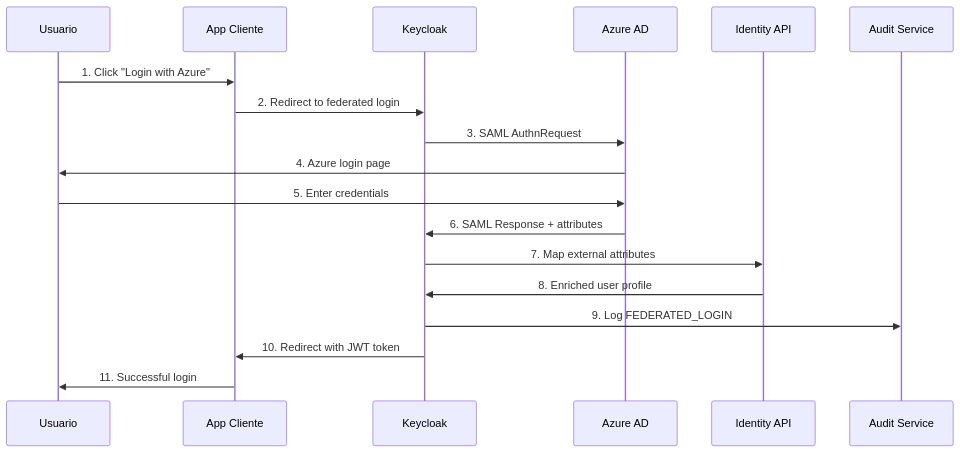
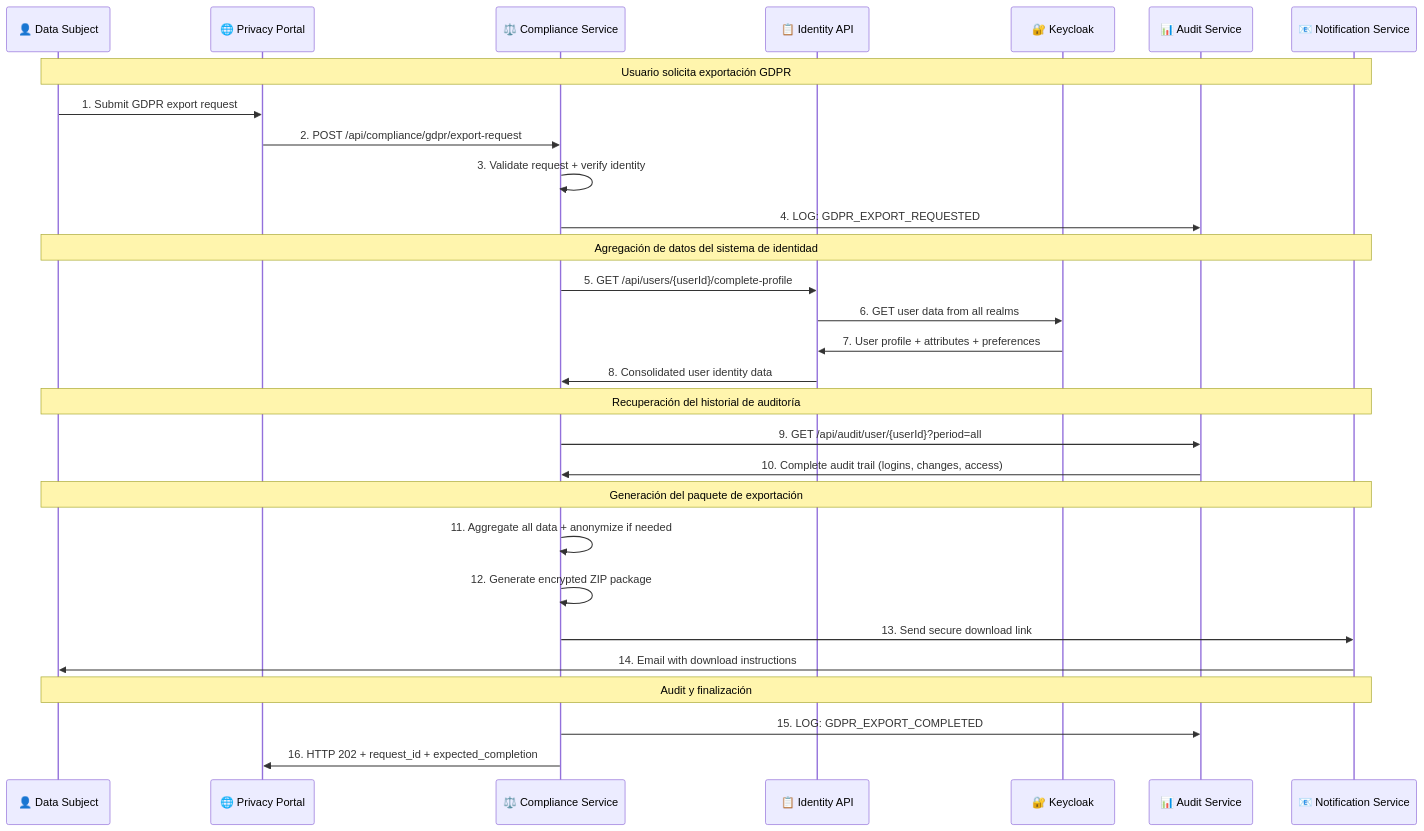
The eighth of 11 diagrams in docs/servicio-identidad/06-vista-tiempo-ejecucion.md (jclemente-tlm/tlm-arq-servicios-corporativos), drawn with Mermaid before and after one commit. The commit also changed other lines of this file and 54 other files, not shown here.

````diff
--- a/docs/servicio-identidad/06-vista-tiempo-ejecucion.md
+++ b/docs/servicio-identidad/06-vista-tiempo-ejecucion.md
@@ -131,21 +568,41 @@
 ```mermaid
 sequenceDiagram
-    participant User as Usuario
-    participant App as App Cliente
-    participant KC as Keycloak
-    participant AzureAD as Azure AD
-    participant IdAPI as Identity API
-    participant AuditSvc as Audit Service
+    participant User as 👤 Data Subject
+    participant Portal as 🌐 Privacy Portal
+    participant ComplianceSvc as ⚖️ Compliance Service
+    participant IdAPI as 📋 Identity API
+    participant KC as 🔐 Keycloak
+    participant AuditSvc as 📊 Audit Service
+    participant NotifSvc as 📧 Notification Service
 
-    User->>App: 1. Click "Login with Azure"
-    App->>KC: 2. Redirect to federated login
-    KC->>AzureAD: 3. SAML AuthnRequest
-    AzureAD->>User: 4. Azure login page
-    User->>AzureAD: 5. Enter credentials
-    AzureAD->>KC: 6. SAML Response + attributes
-    KC->>IdAPI: 7. Map external attributes
-    IdAPI->>KC: 8. Enriched user profile
-    KC->>AuditSvc: 9. Log FEDERATED_LOGIN
-    KC->>App: 10. Redirect with JWT token
-    App->>User: 11. Successful login
+    Note over User,NotifSvc: Usuario solicita exportación GDPR
+
+    User->>Portal: 1. Submit GDPR export request
+    Portal->>ComplianceSvc: 2. POST /api/compliance/gdpr/export-request
+    ComplianceSvc->>ComplianceSvc: 3. Validate request + verify identity
+    ComplianceSvc->>AuditSvc: 4. LOG: GDPR_EXPORT_REQUESTED
+
+    Note over User,NotifSvc: Agregación de datos del sistema de identidad
+
+    ComplianceSvc->>IdAPI: 5. GET /api/users/{userId}/complete-profile
+    IdAPI->>KC: 6. GET user data from all realms
+    KC->>IdAPI: 7. User profile + attributes + preferences
+    IdAPI->>ComplianceSvc: 8. Consolidated user identity data
+
+    Note over User,NotifSvc: Recuperación del historial de auditoría
+
+    ComplianceSvc->>AuditSvc: 9. GET /api/audit/user/{userId}?period=all
+    AuditSvc->>ComplianceSvc: 10. Complete audit trail (logins, changes, access)
+
+    Note over User,NotifSvc: Generación del paquete de exportación
+
+    ComplianceSvc->>ComplianceSvc: 11. Aggregate all data + anonymize if needed
+    ComplianceSvc->>ComplianceSvc: 12. Generate encrypted ZIP package
+    ComplianceSvc->>NotifSvc: 13. Send secure download link
+    NotifSvc->>User: 14. Email with download instructions
+
+    Note over User,NotifSvc: Audit y finalización
+
+    ComplianceSvc->>AuditSvc: 15. LOG: GDPR_EXPORT_COMPLETED
+    ComplianceSvc->>Portal: 16. HTTP 202 + request_id + expected_completion
 ```
````
